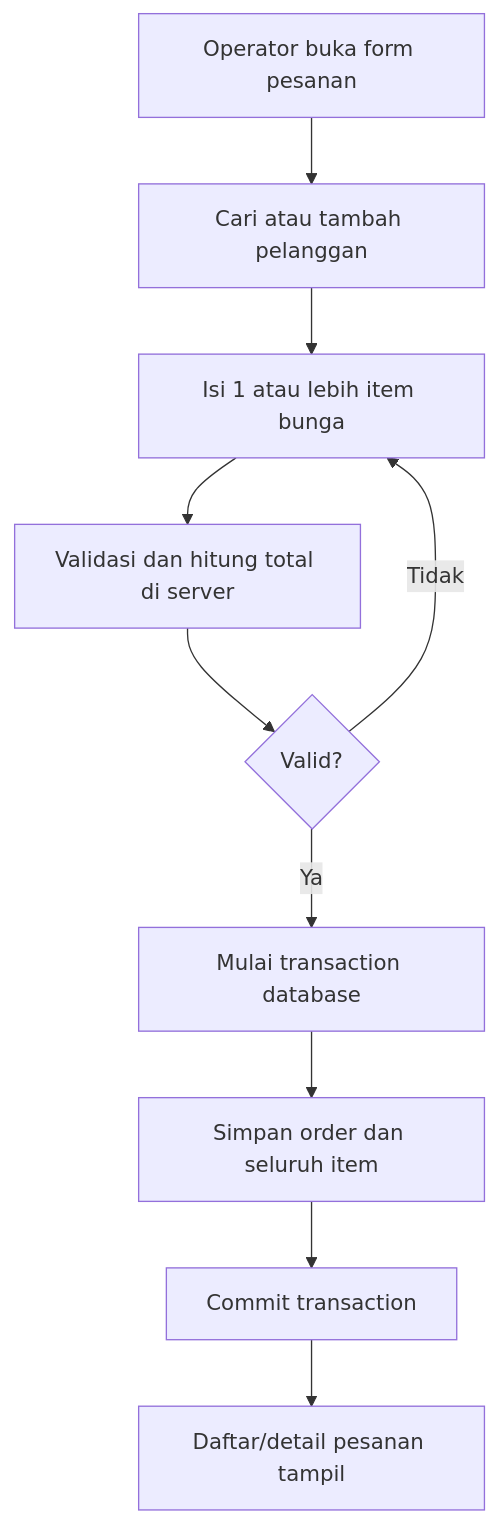
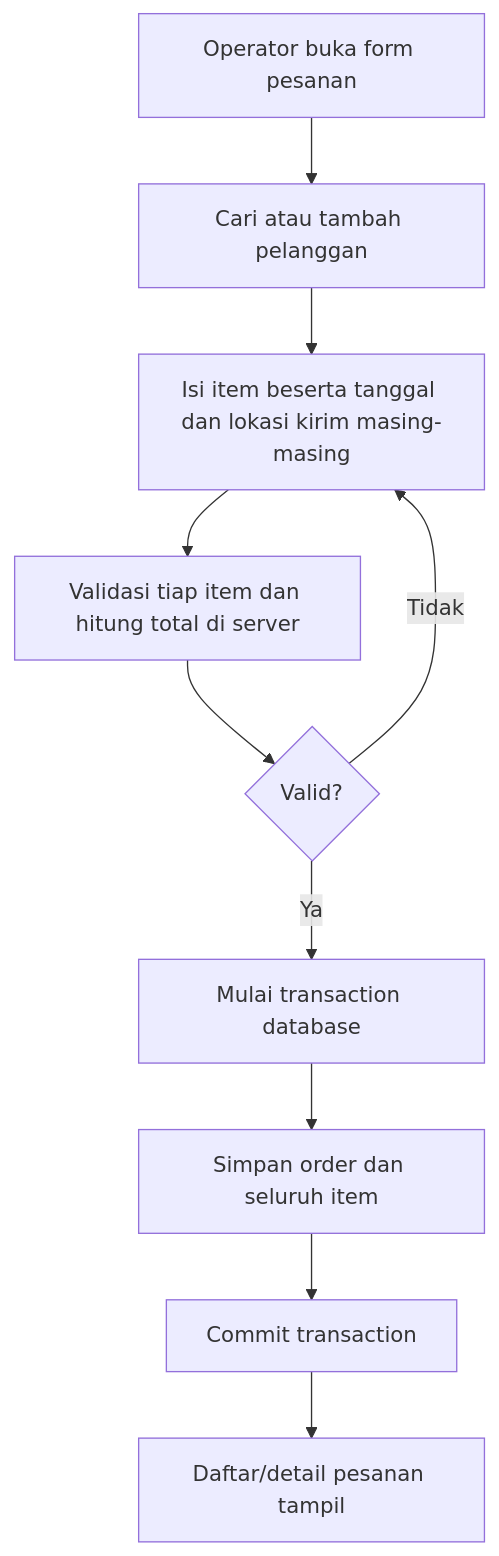
The first of 2 diagrams in docs/WORKFLOWS.md (Vluuuu/Mutiara-Florist-Management-System), drawn with Mermaid before and after one commit. The commit also changed other lines of this file, not shown here.

Commit message:
docs: support distinct delivery date and destination per order item

````diff
--- a/docs/WORKFLOWS.md
+++ b/docs/WORKFLOWS.md
@@ -24,12 +24,12 @@
 ```mermaid
 flowchart TD
     A[Operator buka form pesanan] --> B[Cari atau tambah pelanggan]
-    B --> C[Isi 1 atau lebih item bunga]
-    C --> D[Validasi dan hitung total di server]
+    B --> C[Isi item beserta tanggal dan lokasi kirim masing-masing]
+    C --> D[Validasi tiap item dan hitung total di server]
     D --> E{Valid?}
     E -- Tidak --> C
     E -- Ya --> F[Mulai transaction database]
     F --> G[Simpan order dan seluruh item]
     G --> H[Commit transaction]
     H --> I[Daftar/detail pesanan tampil]
 ```
````
